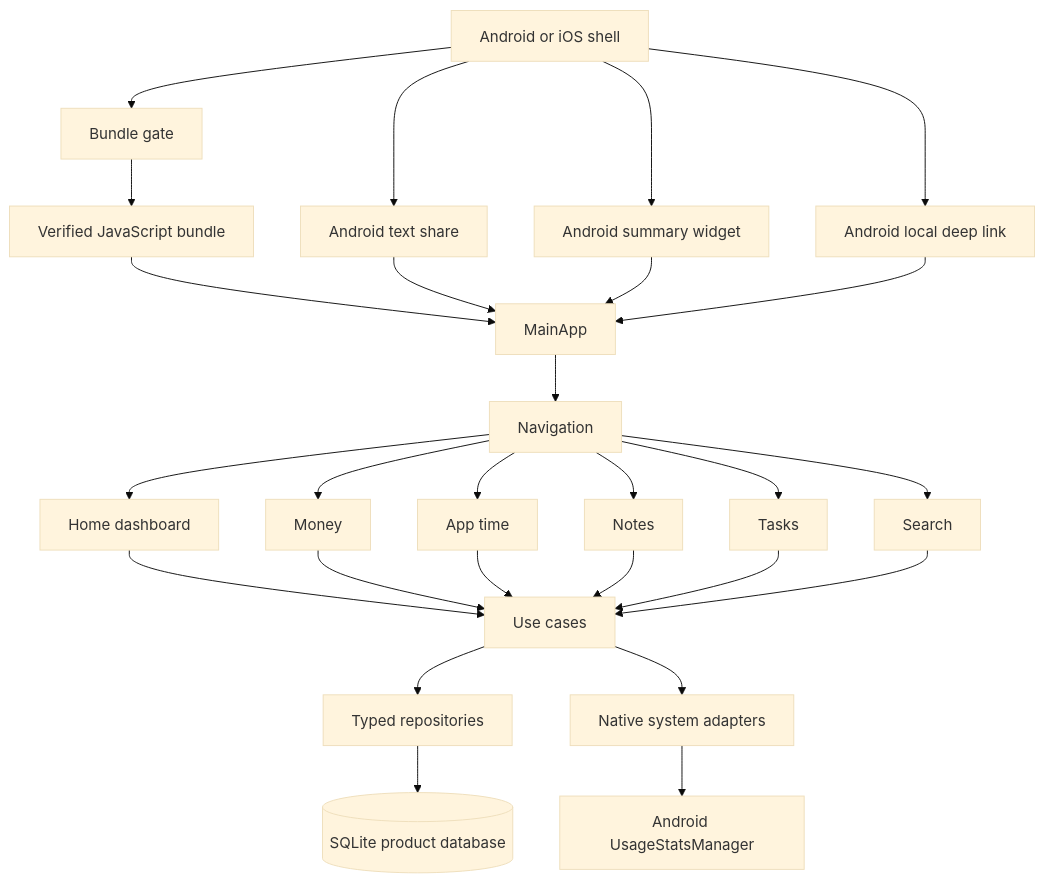
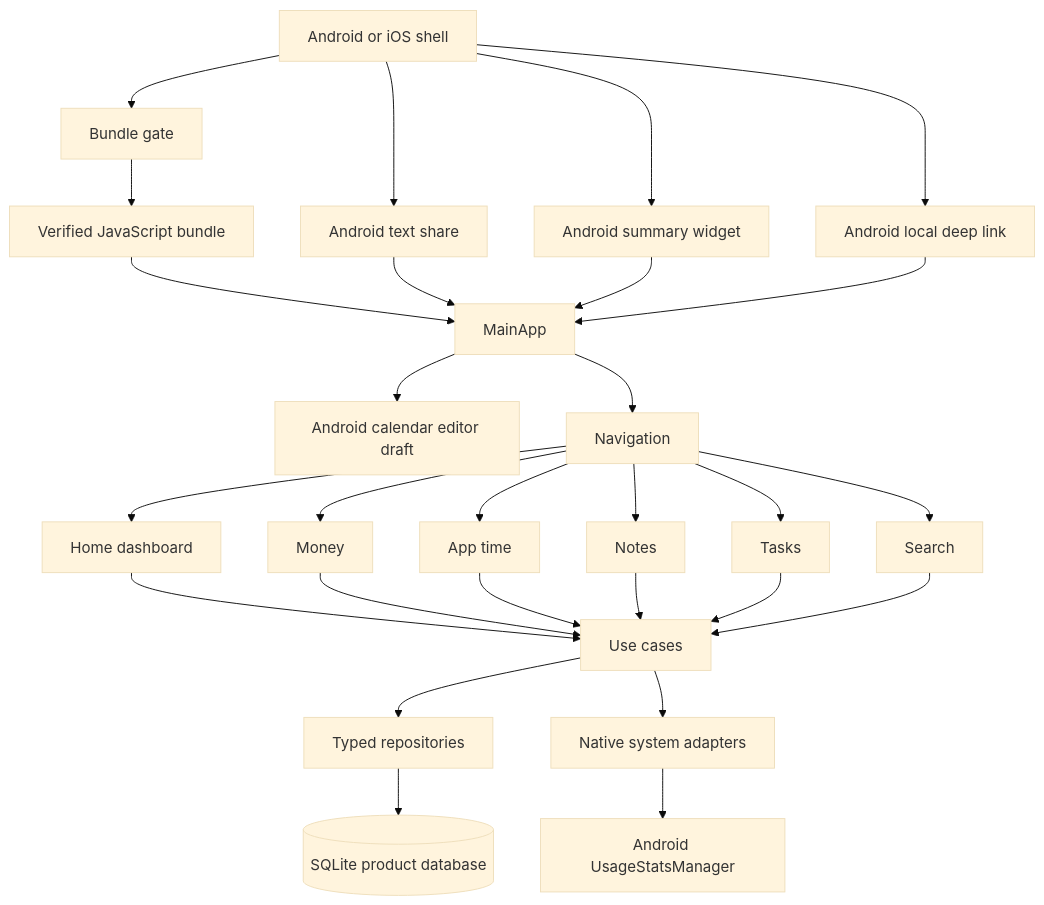
One commit to Tsukugi/Yuzuha changed the first of 2 diagrams in docs/architecture.md. Above: the diagram before and after it, drawn with Mermaid (base theme). The commit also changed other lines of this file and 22 other files, not shown here.

Commit message:
Add Android task calendar drafts

````diff
--- a/docs/architecture.md
+++ b/docs/architecture.md
@@ -21,29 +23,30 @@
 ```mermaid
 flowchart TD
     OS[Android or iOS shell] --> G[Bundle gate]
     OS --> SHARE[Android text share]
     OS --> WIDGET[Android summary widget]
     OS --> LINK[Android local deep link]
     G --> B[Verified JavaScript bundle]
     B --> APP[MainApp]
     SHARE --> APP
     WIDGET --> APP
     LINK --> APP
+    APP --> CAL[Android calendar editor draft]
     APP --> NAV[Navigation]
     NAV --> HOME[Home dashboard]
     NAV --> MONEY[Money]
     NAV --> TIME[App time]
     NAV --> NOTES[Notes]
     NAV --> TASKS[Tasks]
     NAV --> SEARCH[Search]
     HOME --> USE[Use cases]
     MONEY --> USE
     TIME --> USE
     NOTES --> USE
     TASKS --> USE
     SEARCH --> USE
     USE --> REPO[Typed repositories]
     REPO --> DB[(SQLite product database)]
     USE --> SYS[Native system adapters]
     SYS --> USAGE[Android UsageStatsManager]
 ```
````
